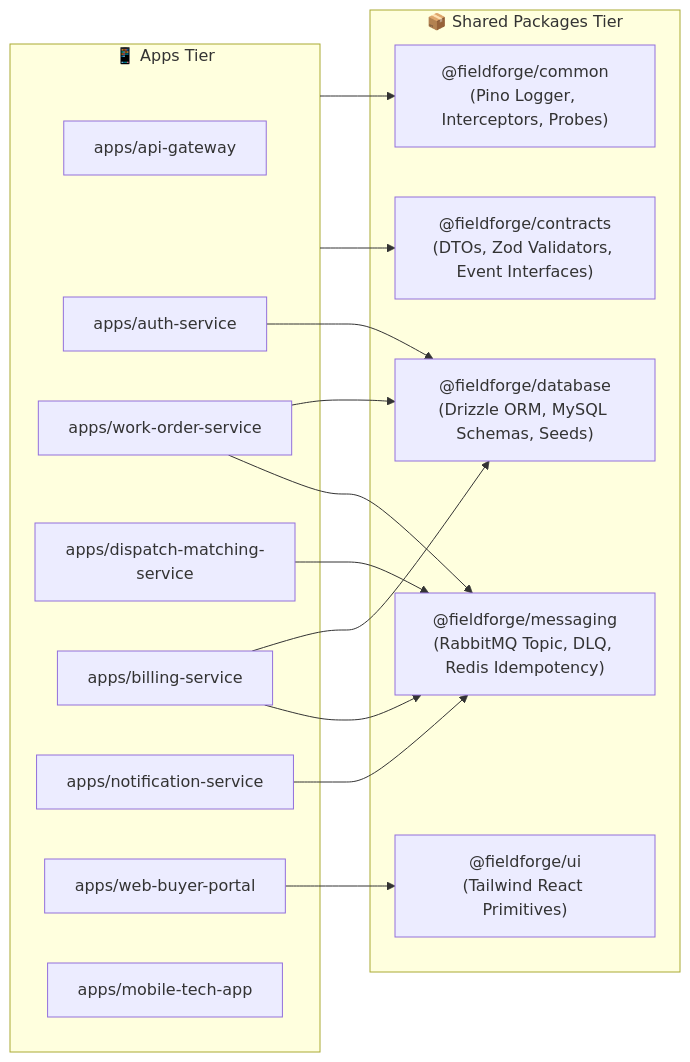
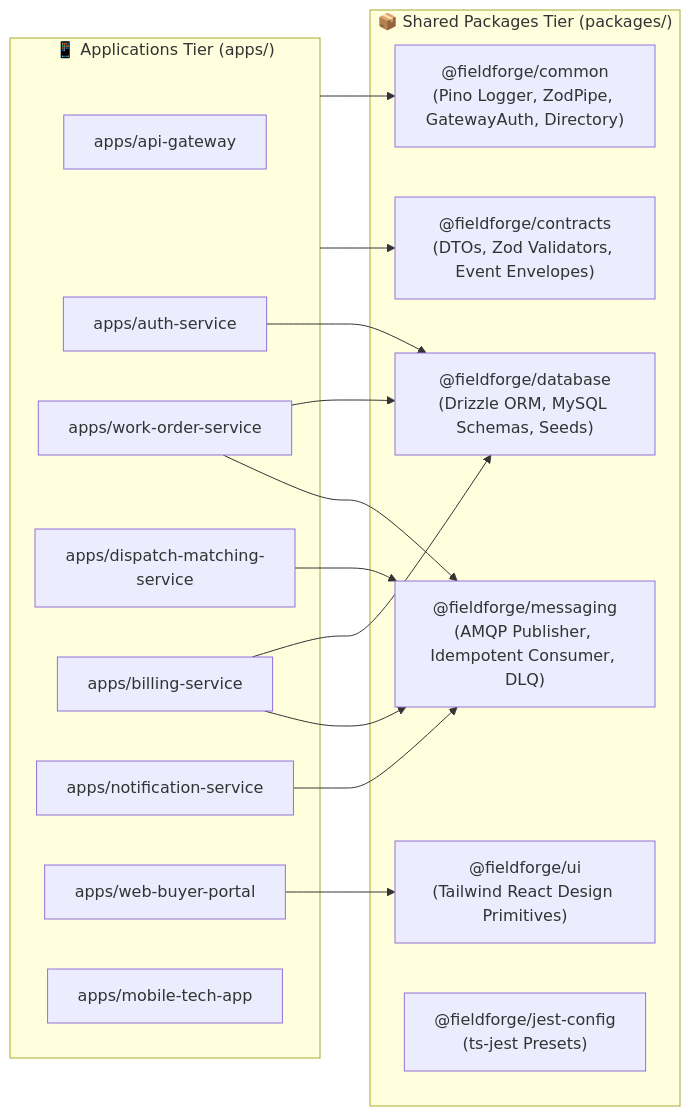
One commit to satya-ranjon/FieldForge changed the fourth of 5 diagrams in README.md. Above: the diagram before and after it, drawn with Mermaid. The commit also changed other lines of this file and 10 other files, not shown here.

````diff
--- a/README.md
+++ b/README.md
@@ -312,32 +406,33 @@
 ```mermaid
 graph LR
-    subgraph Apps[" 📱 Apps Tier "]
+    subgraph Apps[" 📱 Applications Tier (apps/) "]
         APIGW["apps/api-gateway"]
         AuthSvc["apps/auth-service"]
         WOSvc["apps/work-order-service"]
         DispSvc["apps/dispatch-matching-service"]
         BillSvc["apps/billing-service"]
         NotifSvc["apps/notification-service"]
         WebPortal["apps/web-buyer-portal"]
         MobileApp["apps/mobile-tech-app"]
     end
 
-    subgraph Packages[" 📦 Shared Packages Tier "]
-        Contracts["@fieldforge/contracts<br/>(DTOs, Zod Validators, Event Interfaces)"]
+    subgraph Packages[" 📦 Shared Packages Tier (packages/) "]
+        Contracts["@fieldforge/contracts<br/>(DTOs, Zod Validators, Event Envelopes)"]
         Database["@fieldforge/database<br/>(Drizzle ORM, MySQL Schemas, Seeds)"]
-        Common["@fieldforge/common<br/>(Pino Logger, Interceptors, Probes)"]
-        Messaging["@fieldforge/messaging<br/>(RabbitMQ Topic, DLQ, Redis Idempotency)"]
-        UI["@fieldforge/ui<br/>(Tailwind React Primitives)"]
+        Common["@fieldforge/common<br/>(Pino Logger, ZodPipe, GatewayAuth, Directory)"]
+        Messaging["@fieldforge/messaging<br/>(AMQP Publisher, Idempotent Consumer, DLQ)"]
+        UI["@fieldforge/ui<br/>(Tailwind React Design Primitives)"]
+        JestConfig["@fieldforge/jest-config<br/>(ts-jest Presets)"]
     end
 
     Apps --> Contracts
     Apps --> Common
     WOSvc --> Messaging
     DispSvc --> Messaging
     BillSvc --> Messaging
     NotifSvc --> Messaging
     AuthSvc --> Database
     WOSvc --> Database
     BillSvc --> Database
     WebPortal --> UI
 ```
````
